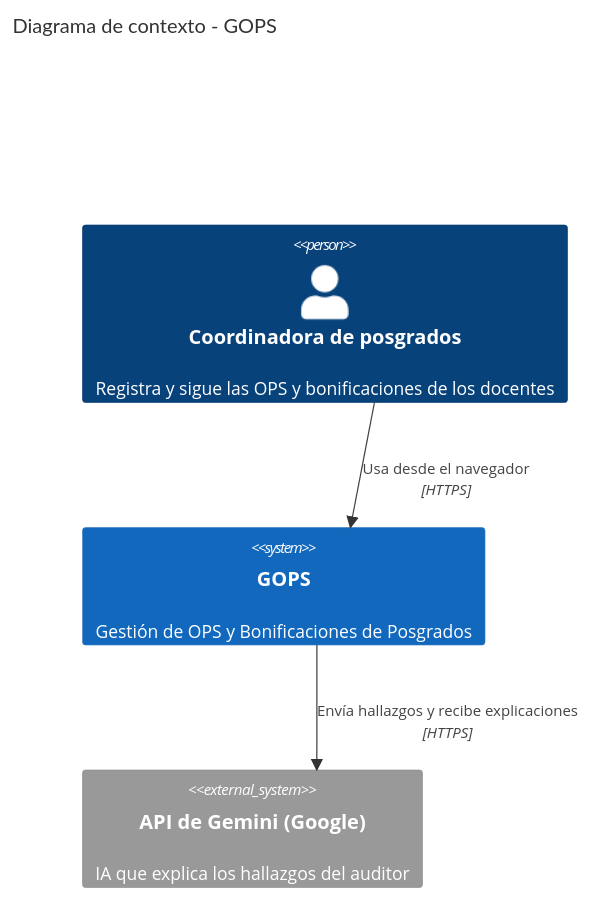
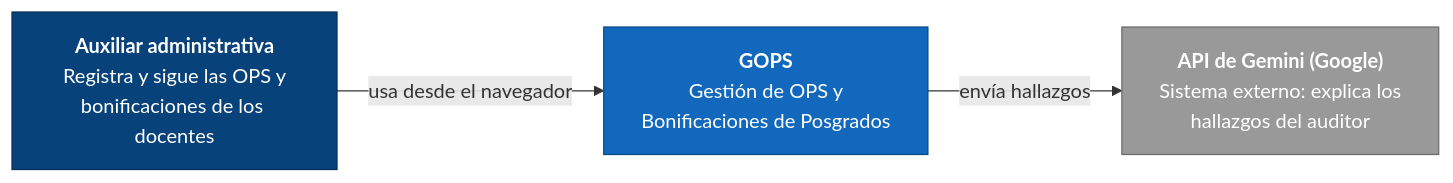
The first of 2 diagrams in docs/arquitectura.md (Caro-0519/gops-servidor2), drawn with Mermaid before and after one commit. The commit also changed other lines of this file, not shown here.

````diff
--- a/docs/arquitectura.md
+++ b/docs/arquitectura.md
@@ -18,9 +9,11 @@
 ```mermaid
-C4Context
-    title Diagrama de contexto - GOPS
-    Person(coord, "Coordinadora de posgrados", "Registra y sigue las OPS y bonificaciones de los docentes")
-    System(gops, "GOPS", "Gestión de OPS y Bonificaciones de Posgrados")
-    System_Ext(gemini, "API de Gemini (Google)", "IA que explica los hallazgos del auditor")
-    Rel(coord, gops, "Usa desde el navegador", "HTTPS")
-    Rel(gops, gemini, "Envía hallazgos y recibe explicaciones", "HTTPS")
+flowchart LR
+    U["<b>Auxiliar administrativa</b><br/>Registra y sigue las OPS y<br/>bonificaciones de los docentes"]
+    G["<b>GOPS</b><br/>Gestión de OPS y<br/>Bonificaciones de Posgrados"]
+    IA["<b>API de Gemini (Google)</b><br/>Sistema externo: explica los<br/>hallazgos del auditor"]
+    U -->|"usa desde el navegador"| G
+    G -->|"envía hallazgos"| IA
+    style U fill:#08427b,color:#fff,stroke:#052e56
+    style G fill:#1168bd,color:#fff,stroke:#0b4884
+    style IA fill:#999,color:#fff,stroke:#6b6b6b
 ```
````
